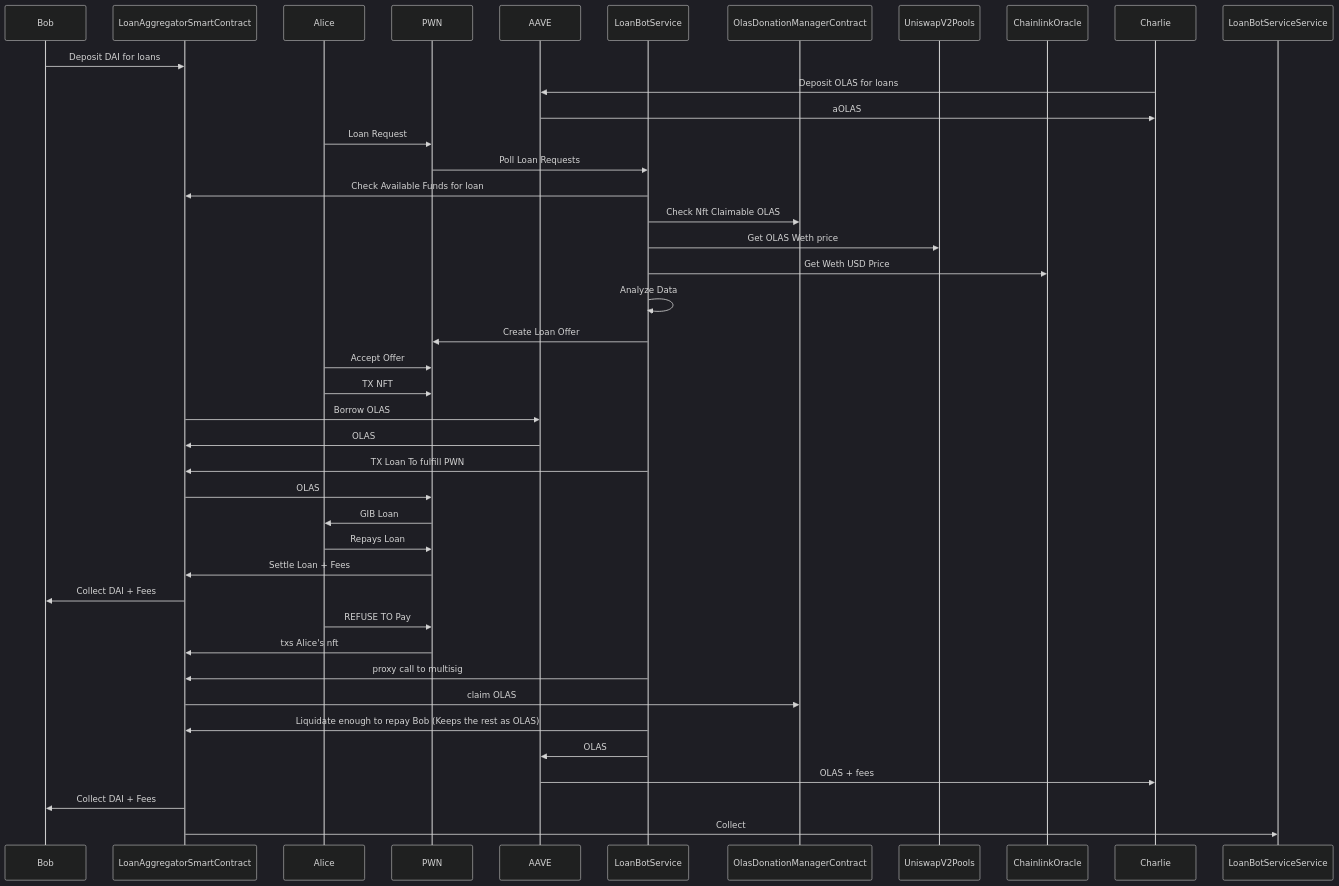
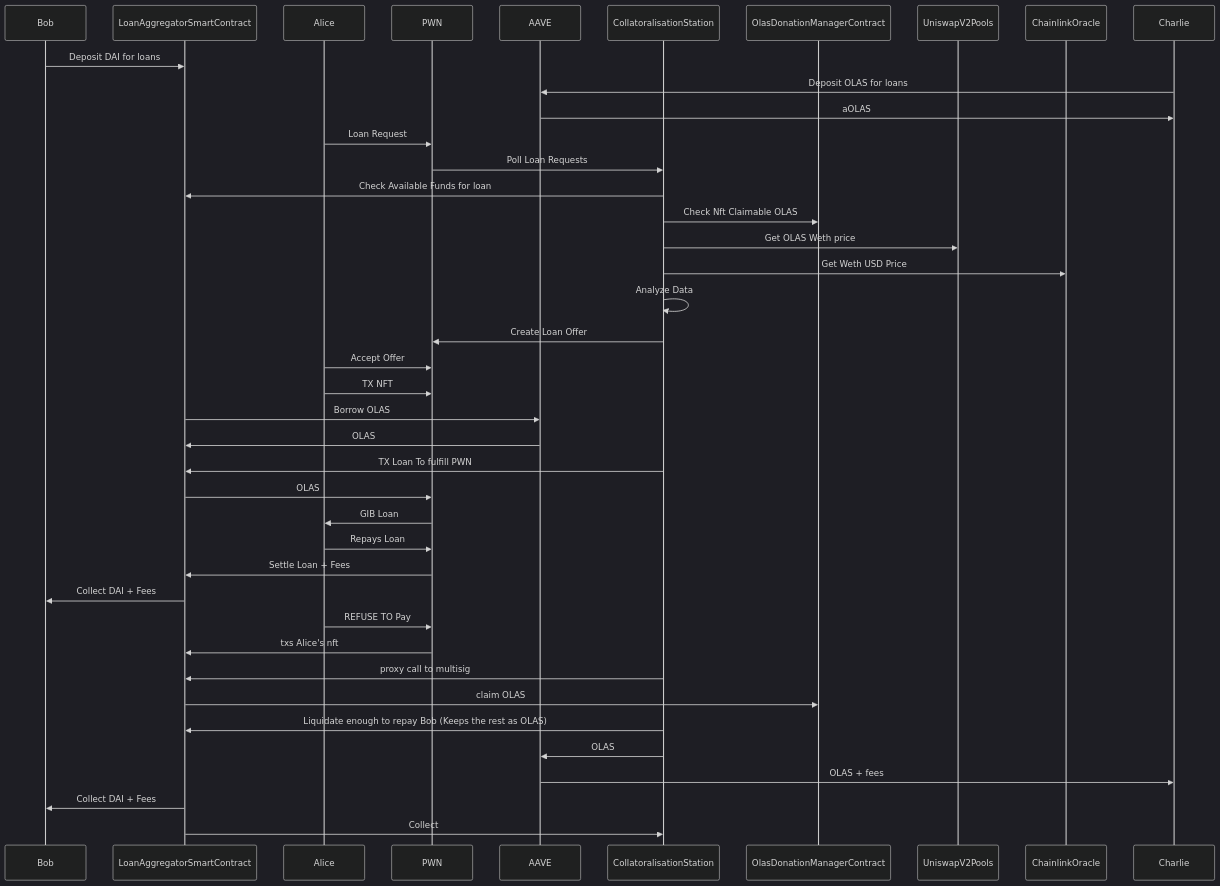
One commit to 8ball030/collateralisation_station changed the diagram in README.md. Above: the diagram before and after it, drawn with Mermaid (dark theme). The commit also changed other lines of this file and 1 other file, not shown here.

Commit message:
fix: naming LoanBot -> CollateralisationStation

````diff
--- a/README.md
+++ b/README.md
@@ -33,44 +33,44 @@
 ```mermaid
-sequenceDiagram 
+sequenceDiagram
     participant Bob
     participant LoanAggregatorSmartContract
     participant Alice
     participant PWN
     participant AAVE
-    participant LoanBotService
+    participant CollatoralisationStation
     participant OlasDonationManagerContract
     participant UniswapV2Pools
     participant ChainlinkOracle
 
-    Bob ->> LoanAggregatorSmartContract: Deposit DAI for loans 
-    Charlie ->> AAVE: Deposit OLAS for loans 
+    Bob ->> LoanAggregatorSmartContract: Deposit DAI for loans
+    Charlie ->> AAVE: Deposit OLAS for loans
     AAVE ->> Charlie: aOLAS
-    Alice ->> PWN: Loan Request 
-    PWN ->> LoanBotService: Poll Loan Requests 
-    LoanBotService ->> LoanAggregatorSmartContract: Check Available Funds for loan 
-    LoanBotService ->> OlasDonationManagerContract: Check Nft Claimable OLAS 
-    LoanBotService ->> UniswapV2Pools: Get OLAS Weth price 
-    LoanBotService ->> ChainlinkOracle: Get Weth USD Price 
-    LoanBotService ->> LoanBotService: Analyze Data 
-    LoanBotService ->> PWN: Create Loan Offer 
-    Alice ->> PWN: Accept Offer 
-    Alice ->> PWN: TX NFT 
+    Alice ->> PWN: Loan Request
+    PWN ->> CollatoralisationStation: Poll Loan Requests
+    CollatoralisationStation ->> LoanAggregatorSmartContract: Check Available Funds for loan
+    CollatoralisationStation ->> OlasDonationManagerContract: Check Nft Claimable OLAS
+    CollatoralisationStation ->> UniswapV2Pools: Get OLAS Weth price
+    CollatoralisationStation ->> ChainlinkOracle: Get Weth USD Price
+    CollatoralisationStation ->> CollatoralisationStation: Analyze Data
+    CollatoralisationStation ->> PWN: Create Loan Offer
+    Alice ->> PWN: Accept Offer
+    Alice ->> PWN: TX NFT
 
     LoanAggregatorSmartContract ->> AAVE: Borrow OLAS
-    AAVE ->> LoanAggregatorSmartContract: OLAS 
-    LoanBotService ->> LoanAggregatorSmartContract: TX Loan To fulfill PWN 
-    LoanAggregatorSmartContract ->> PWN: OLAS 
-    PWN ->> Alice: GIB Loan 
-    Alice ->> PWN: Repays Loan 
+    AAVE ->> LoanAggregatorSmartContract: OLAS
+    CollatoralisationStation ->> LoanAggregatorSmartContract: TX Loan To fulfill PWN
+    LoanAggregatorSmartContract ->> PWN: OLAS
+    PWN ->> Alice: GIB Loan
+    Alice ->> PWN: Repays Loan
     PWN ->> LoanAggregatorSmartContract: Settle Loan + Fees
-    LoanAggregatorSmartContract ->> Bob: Collect DAI + Fees 
-    Alice ->> PWN: REFUSE TO Pay 
-    PWN ->>LoanAggregatorSmartContract: txs Alice's nft 
-    LoanBotService ->> LoanAggregatorSmartContract: proxy call to multisig
-    LoanAggregatorSmartContract ->> OlasDonationManagerContract: claim OLAS 
-    LoanBotService ->> LoanAggregatorSmartContract: Liquidate enough to repay Bob (Keeps the rest as OLAS) 
-    LoanBotService ->> AAVE: OLAS
+    LoanAggregatorSmartContract ->> Bob: Collect DAI + Fees
+    Alice ->> PWN: REFUSE TO Pay
+    PWN ->>LoanAggregatorSmartContract: txs Alice's nft
+    CollatoralisationStation ->> LoanAggregatorSmartContract: proxy call to multisig
+    LoanAggregatorSmartContract ->> OlasDonationManagerContract: claim OLAS
+    CollatoralisationStation ->> LoanAggregatorSmartContract: Liquidate enough to repay Bob (Keeps the rest as OLAS)
+    CollatoralisationStation ->> AAVE: OLAS
     AAVE ->> Charlie: OLAS + fees
     LoanAggregatorSmartContract ->> Bob: Collect DAI + Fees
-    LoanAggregatorSmartContract ->> LoanBotServiceService: Collect
+    LoanAggregatorSmartContract ->> CollatoralisationStation: Collect
 ```
````
